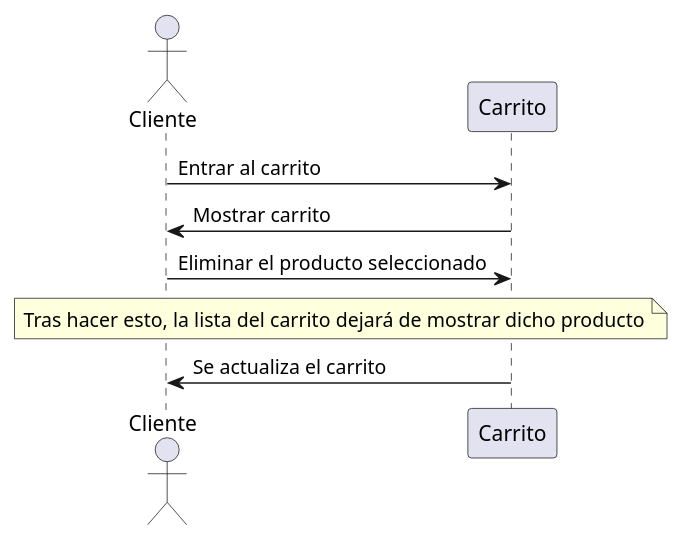
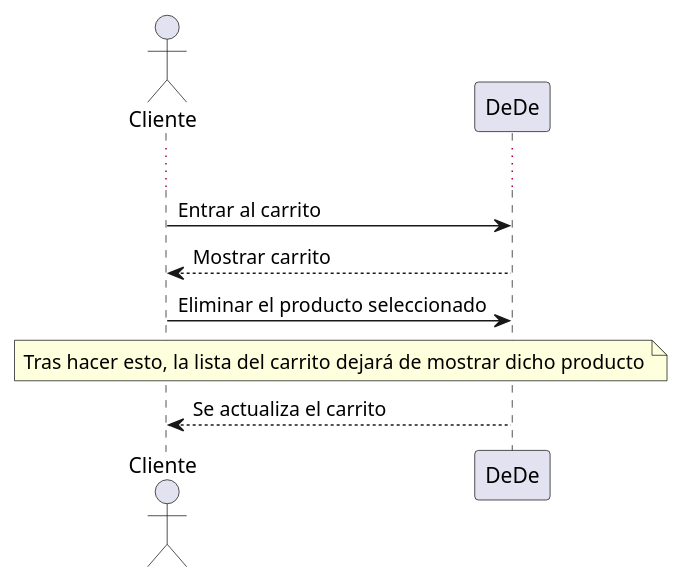
The second of 6 diagrams in docs/06_runtime_view.adoc (Arquisoft/Arquisoft-dede_es_02b), drawn with PlantUML before and after one commit. The commit also changed other lines of this file, not shown here.

Commit message:
Actualización de diagramas doc6

```diff
--- a/docs/06_runtime_view.adoc
+++ b/docs/06_runtime_view.adoc
@@ -20,10 +23,14 @@
 [plantuml,"Diagrama Eliminar Producto",png]
 ----
 actor Cliente
-participant Carrito
-Cliente -> Carrito: Entrar al carrito
-Carrito -> Cliente: Mostrar carrito
-Cliente -> Carrito: Eliminar el producto seleccionado
+participant DeDe
+
+skinparam responseMessageBelowArrow true
+...
+
+Cliente -> DeDe: Entrar al carrito
+DeDe --> Cliente: Mostrar carrito
+Cliente -> DeDe: Eliminar el producto seleccionado
 note across: Tras hacer esto, la lista del carrito dejará de mostrar dicho producto
-Carrito -> Cliente: Se actualiza el carrito
+DeDe --> Cliente: Se actualiza el carrito
 ----
```
